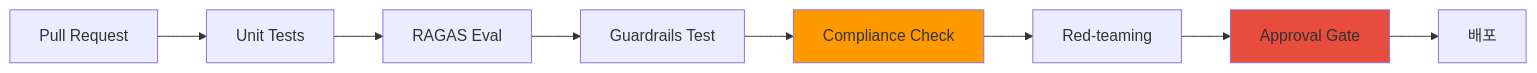
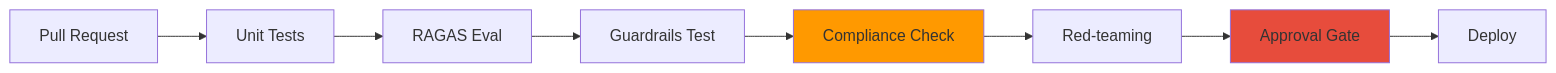
Before and after one commit to devfloor9/engineering-playbook: the second of 2 diagrams in docs/agentic-ai-platform/operations-mlops/governance/compliance-framework.md, drawn with Mermaid. The commit also changed other lines of this file and 954 other files, not shown here.

````diff
--- a/docs/agentic-ai-platform/operations-mlops/governance/compliance-framework.md
+++ b/docs/agentic-ai-platform/operations-mlops/governance/compliance-framework.md
@@ -199,13 +199,13 @@
 ```mermaid
 graph LR
     PR[Pull Request] --> UT[Unit Tests]
     UT --> RE[RAGAS Eval]
     RE --> GT[Guardrails Test]
     GT --> CC[Compliance Check]
     CC --> RT[Red-teaming]
     RT --> AG[Approval Gate]
-    AG --> Deploy[배포]
+    AG --> Deploy[Deploy]
     
     style CC fill:#ff9900
     style AG fill:#e74c3c
 ```
````
